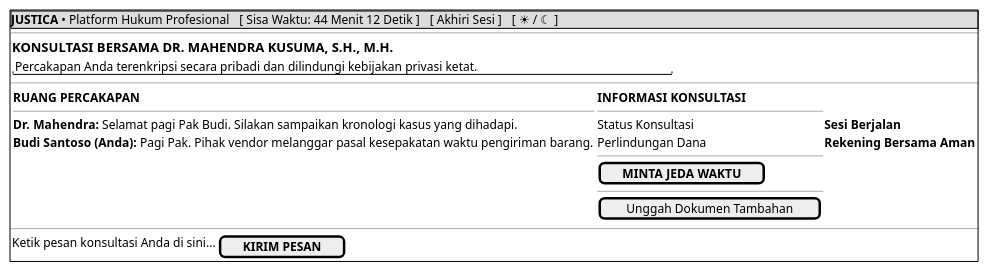
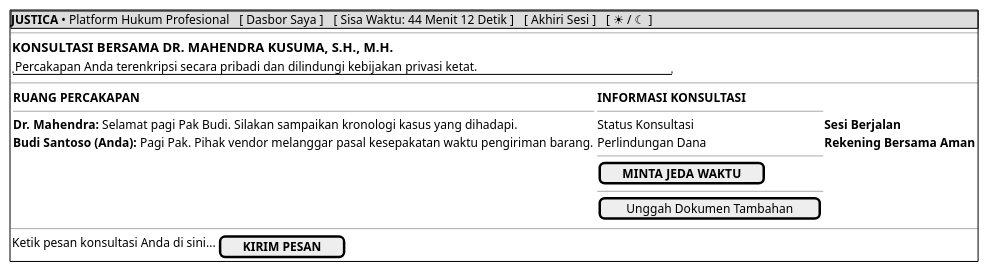
One commit to tupperwureism/SuperApp-Gagal changed the diagram in JustifiqaMockups/mockup_clear/MOCK-J-CL-04_Ruang_Obrolan_E2EE.md. Above: the diagram before and after it, drawn with PlantUML. The commit also changed 21 other files, not shown here.

````diff
--- a/JustifiqaMockups/mockup_clear/MOCK-J-CL-04_Ruang_Obrolan_E2EE.md
+++ b/JustifiqaMockups/mockup_clear/MOCK-J-CL-04_Ruang_Obrolan_E2EE.md
@@ -16,34 +16,34 @@
 ```plantuml
 @startsalt
 {+
-  {* <b>JUSTICA</b> • Platform Hukum Profesional | [ Sisa Waktu: 44 Menit 12 Detik ] | [ Akhiri Sesi ] | [ ☀ / ☾ ] }
+  {* <b>JUSTICA</b> • Platform Hukum Profesional | [ Dasbor Saya ] | [ Sisa Waktu: 44 Menit 12 Detik ] | [ Akhiri Sesi ] | [ ☀ / ☾ ] }
   --
   {
     === KONSULTASI BERSAMA DR. MAHENDRA KUSUMA, S.H., M.H.
     "Percakapan Anda terenkripsi secara pribadi dan dilindungi kebijakan privasi ketat."
   }
   --
   {
     {
       <b>RUANG PERCAKAPAN</b>
       --
       <b>Dr. Mahendra:</b> Selamat pagi Pak Budi. Silakan sampaikan kronologi kasus yang dihadapi.
       <b>Budi Santoso (Anda):</b> Pagi Pak. Pihak vendor melanggar pasal kesepakatan waktu pengiriman barang.
     } | {
       <b>INFORMASI KONSULTASI</b>
       --
       Status Konsultasi  | <b>Sesi Berjalan</b>
       Perlindungan Dana  | <b>Rekening Bersama Aman</b>
       --
       [  <b>MINTA JEDA WAKTU</b>  ]
       --
       [  Unggah Dokumen Tambahan  ]
     }
   }
   --
   {
     Ketik pesan konsultasi Anda di sini...              | [  <b>KIRIM PESAN</b>  ]
   }
 }
 @endsalt
 ```
````
